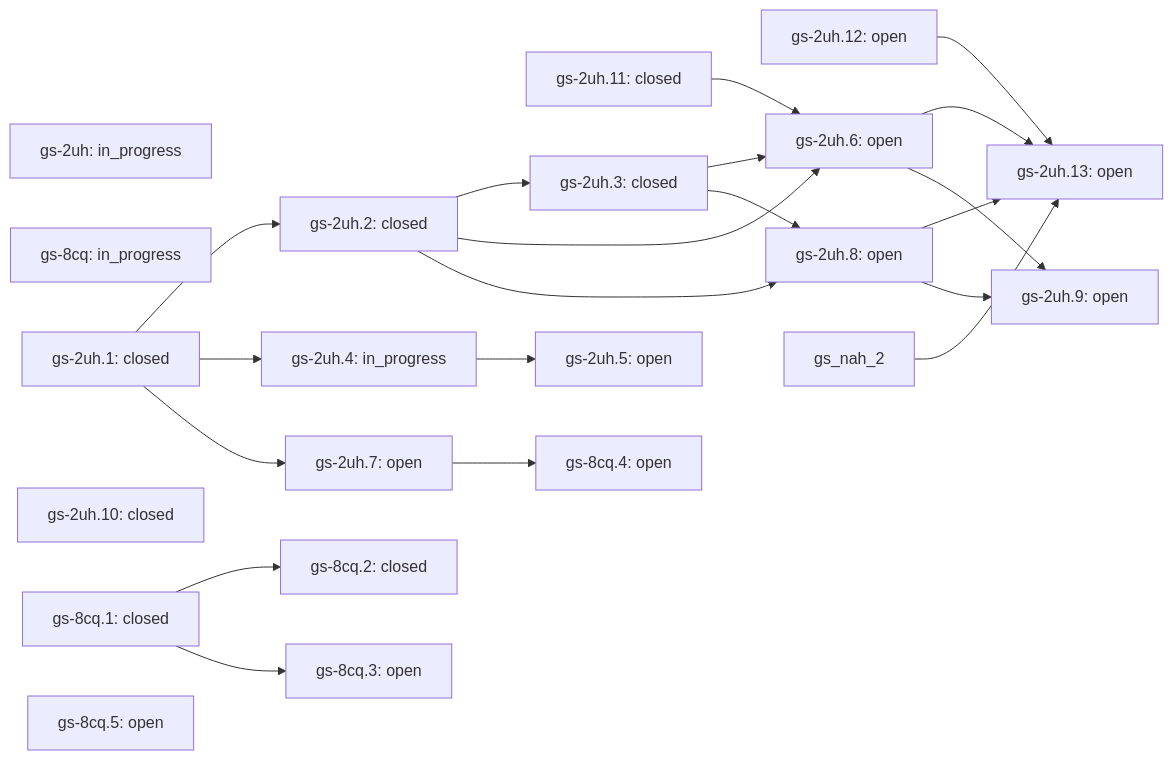
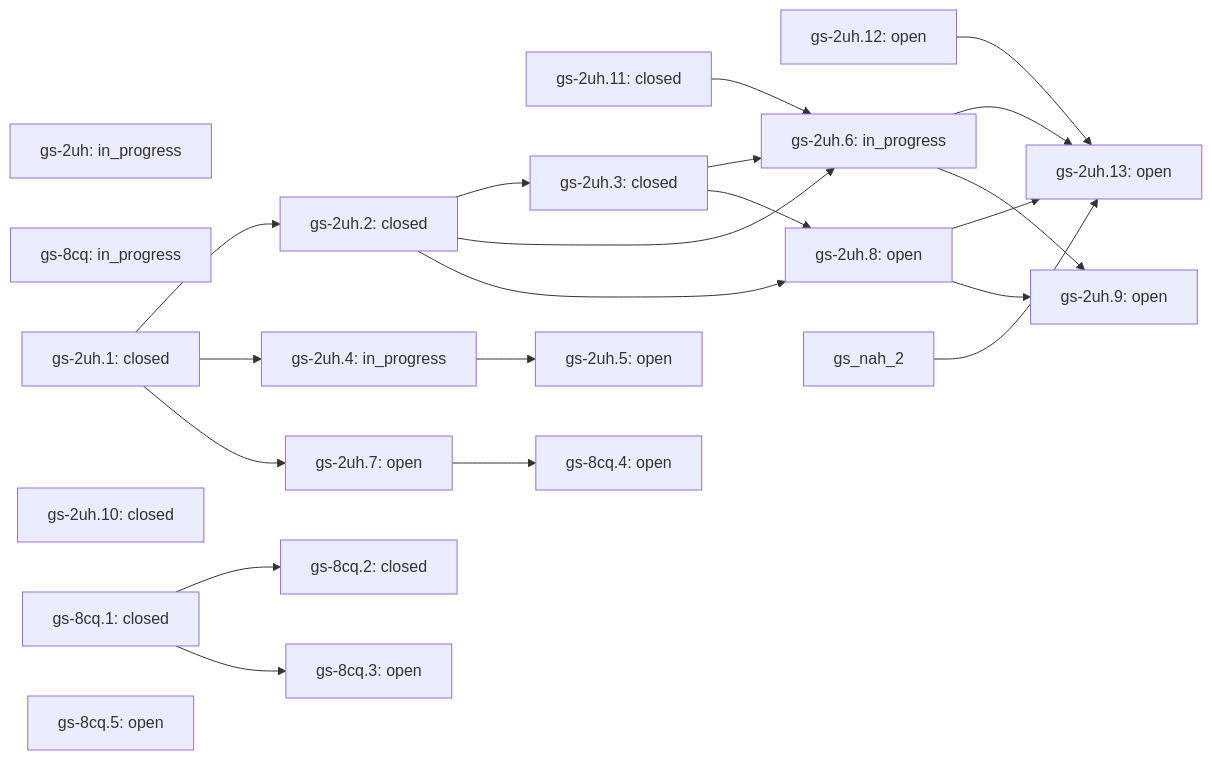
Before and after one commit to lifeofgurpreet/G-Skills: the diagram in docs/skills/vps-health/ROADMAP.md, drawn with Mermaid. The commit also changed other lines of this file and 7 other files, not shown here.

````diff
--- a/docs/skills/vps-health/ROADMAP.md
+++ b/docs/skills/vps-health/ROADMAP.md
@@ -32,42 +32,42 @@
 ```mermaid
 flowchart LR
   gs_2uh["gs-2uh: in_progress"]
   gs_8cq["gs-8cq: in_progress"]
   gs_2uh_1["gs-2uh.1: closed"]
   gs_2uh_10["gs-2uh.10: closed"]
   gs_2uh_11["gs-2uh.11: closed"]
   gs_2uh_12["gs-2uh.12: open"]
   gs_2uh_13["gs-2uh.13: open"]
   gs_2uh_12 --> gs_2uh_13
   gs_2uh_6 --> gs_2uh_13
   gs_2uh_8 --> gs_2uh_13
   gs_nah_2 --> gs_2uh_13
   gs_2uh_2["gs-2uh.2: closed"]
   gs_2uh_1 --> gs_2uh_2
   gs_2uh_3["gs-2uh.3: closed"]
   gs_2uh_2 --> gs_2uh_3
   gs_2uh_4["gs-2uh.4: in_progress"]
   gs_2uh_1 --> gs_2uh_4
   gs_2uh_5["gs-2uh.5: open"]
   gs_2uh_4 --> gs_2uh_5
-  gs_2uh_6["gs-2uh.6: open"]
+  gs_2uh_6["gs-2uh.6: in_progress"]
   gs_2uh_11 --> gs_2uh_6
   gs_2uh_2 --> gs_2uh_6
   gs_2uh_3 --> gs_2uh_6
   gs_2uh_8["gs-2uh.8: open"]
   gs_2uh_2 --> gs_2uh_8
   gs_2uh_3 --> gs_2uh_8
   gs_8cq_1["gs-8cq.1: closed"]
   gs_8cq_2["gs-8cq.2: closed"]
   gs_8cq_1 --> gs_8cq_2
   gs_2uh_7["gs-2uh.7: open"]
   gs_2uh_1 --> gs_2uh_7
   gs_2uh_9["gs-2uh.9: open"]
   gs_2uh_6 --> gs_2uh_9
   gs_2uh_8 --> gs_2uh_9
   gs_8cq_3["gs-8cq.3: open"]
   gs_8cq_1 --> gs_8cq_3
   gs_8cq_4["gs-8cq.4: open"]
   gs_2uh_7 --> gs_8cq_4
   gs_8cq_5["gs-8cq.5: open"]
 ```
````
